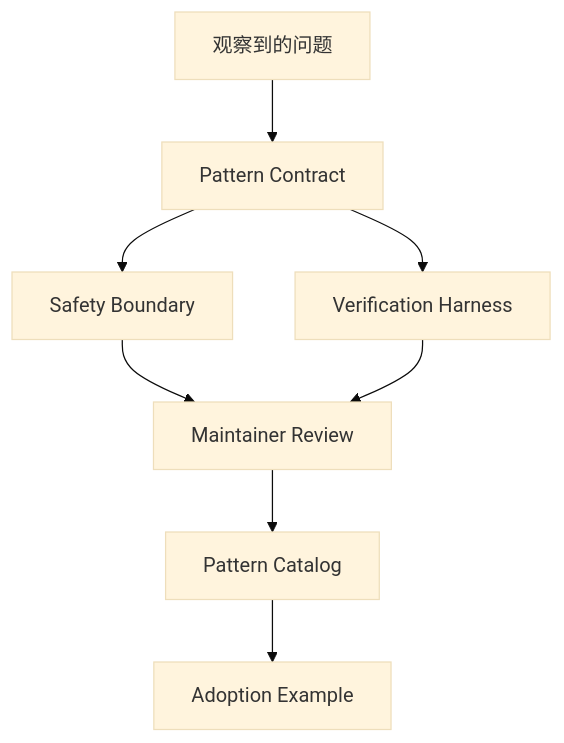
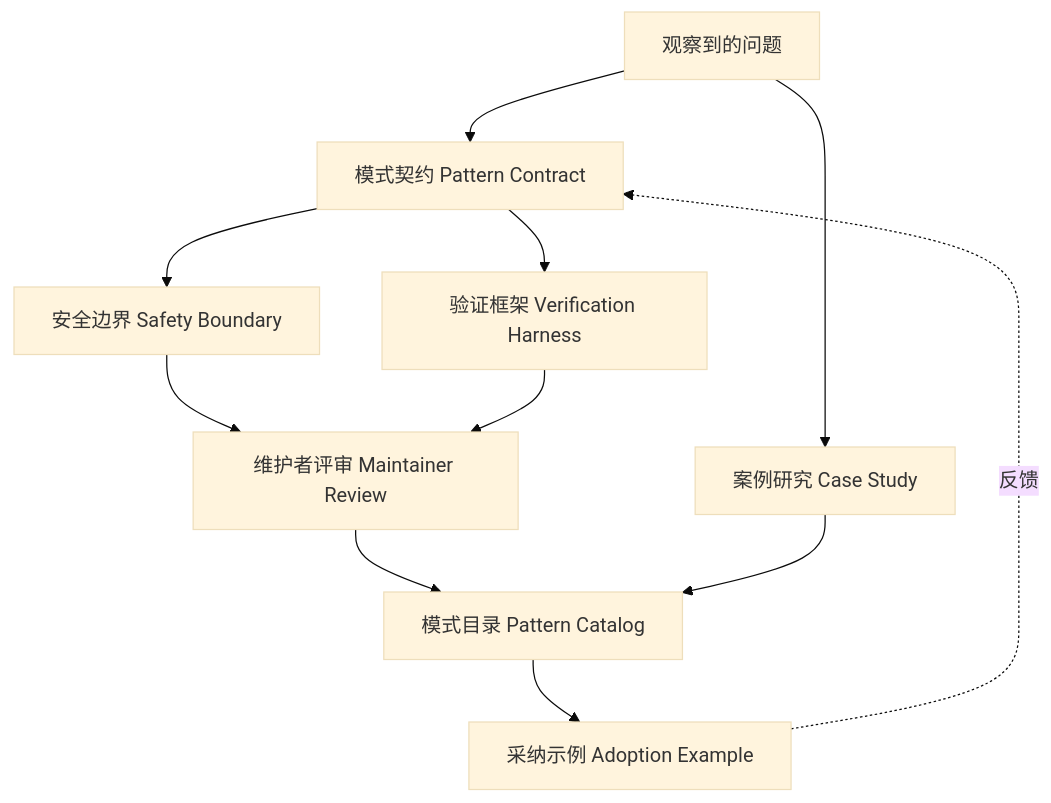
One commit to muchengit/agent-top changed the diagram in docs/zh/cases/模式贡献案例.md. Above: the diagram before and after it, drawn with Mermaid (base theme). The commit also changed other lines of this file and 8 other files, not shown here.

````diff
--- a/docs/zh/cases/模式贡献案例.md
+++ b/docs/zh/cases/模式贡献案例.md
@@ -16,10 +20,13 @@
 ```mermaid
 flowchart TD
-  Problem[观察到的问题] --> Contract[Pattern Contract]
-  Contract --> Safety[Safety Boundary]
-  Contract --> Eval[Verification Harness]
-  Safety --> Review[Maintainer Review]
+  Problem[观察到的问题] --> Contract[模式契约 Pattern Contract]
+  Contract --> Safety[安全边界 Safety Boundary]
+  Contract --> Eval[验证框架 Verification Harness]
+  Safety --> Review[维护者评审 Maintainer Review]
   Eval --> Review
-  Review --> Catalog[Pattern Catalog]
-  Catalog --> Adoption[Adoption Example]
+  Review --> Catalog[模式目录 Pattern Catalog]
+  Catalog --> Adoption[采纳示例 Adoption Example]
+  Problem --> Case[案例研究 Case Study]
+  Case --> Catalog
+  Adoption -. 反馈 .-> Contract
 ```
````
